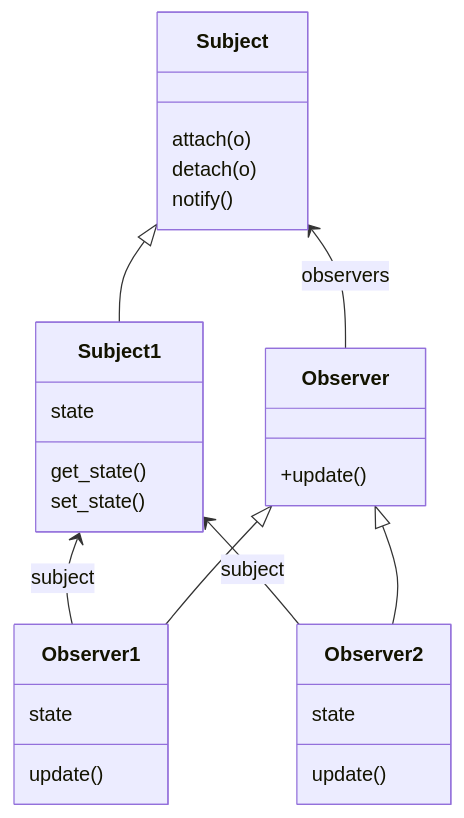
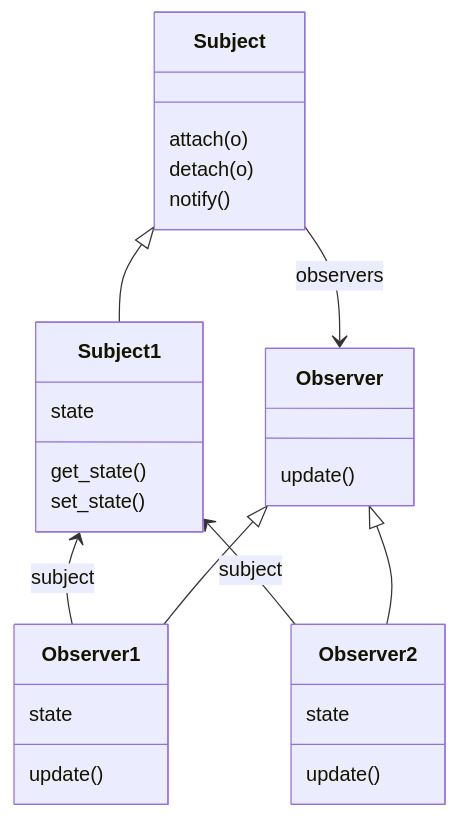
One commit to dancergraham/HeadFirstDesignPatterns_python changed the diagram in chapter02_observer/readme.md. Above: the diagram before and after it, drawn with Mermaid.

Commit message:
doc: UML diagram

````diff
--- a/chapter02_observer/readme.md
+++ b/chapter02_observer/readme.md
@@ -14,31 +14,31 @@
 ```mermaid
 
 classDiagram
 
-    Subject <-- Observer : observers
+    Subject --> Observer : observers
     Subject1 <-- Observer1 : subject
     Subject1 <-- Observer2 : subject
     Subject <|-- Subject1
     Observer <|-- Observer1
     Observer <|-- Observer2
     Subject : attach(o)
     Subject : detach(o)
     Subject: notify()
     class Observer{
-      +update()
+      update()
     }
     class Subject1{
       state
       get_state()
       set_state()
     }
     class Observer1{
         state
         update()
     }
         class Observer2{
         state
         update()
     }
 
 ```
````
